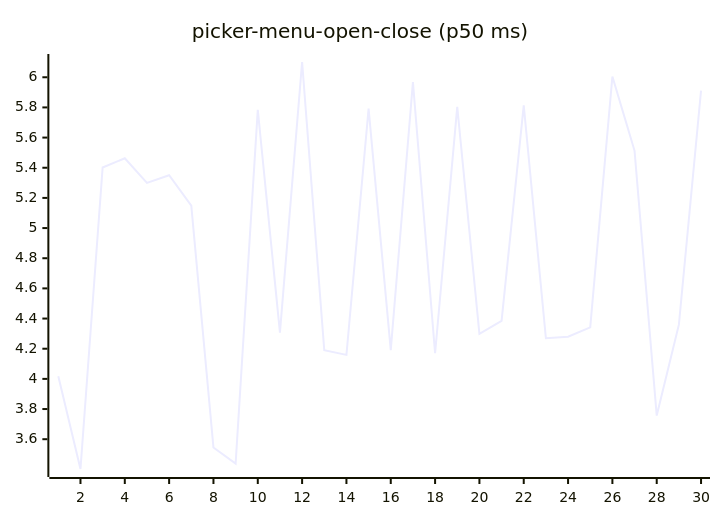
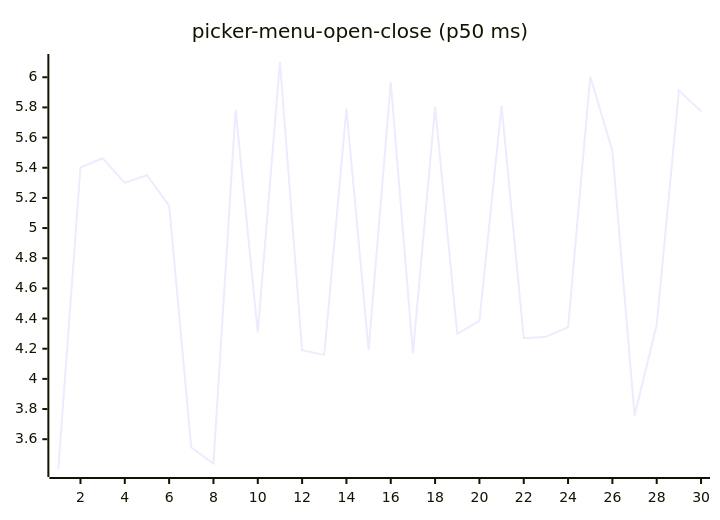
One commit to josha/Facet changed diagram 16 of 27 in README.md. Above: the diagram before and after it, drawn with Mermaid. The commit also changed other lines of this file and 2 other files, not shown here.

````diff
--- a/README.md
+++ b/README.md
@@ -168,6 +168,6 @@
 ```mermaid
 xychart-beta
     title "picker-menu-open-close (p50 ms)"
     x-axis 1 --> 30
-    line [4.0174, 3.4024, 5.4017, 5.4631, 5.2994, 5.3502, 5.1493, 3.5447, 3.4388, 5.7846, 4.3066, 6.1012, 4.1897, 4.1591, 5.7919, 4.1912, 5.9674, 4.1698, 5.8037, 4.2981, 4.3851, 5.8139, 4.2694, 4.2792, 4.3416, 6.0052, 5.5122, 3.7566, 4.3593, 5.9114]
+    line [3.4024, 5.4017, 5.4631, 5.2994, 5.3502, 5.1493, 3.5447, 3.4388, 5.7846, 4.3066, 6.1012, 4.1897, 4.1591, 5.7919, 4.1912, 5.9674, 4.1698, 5.8037, 4.2981, 4.3851, 5.8139, 4.2694, 4.2792, 4.3416, 6.0052, 5.5122, 3.7566, 4.3593, 5.9114, 5.7740]
 ```
````
